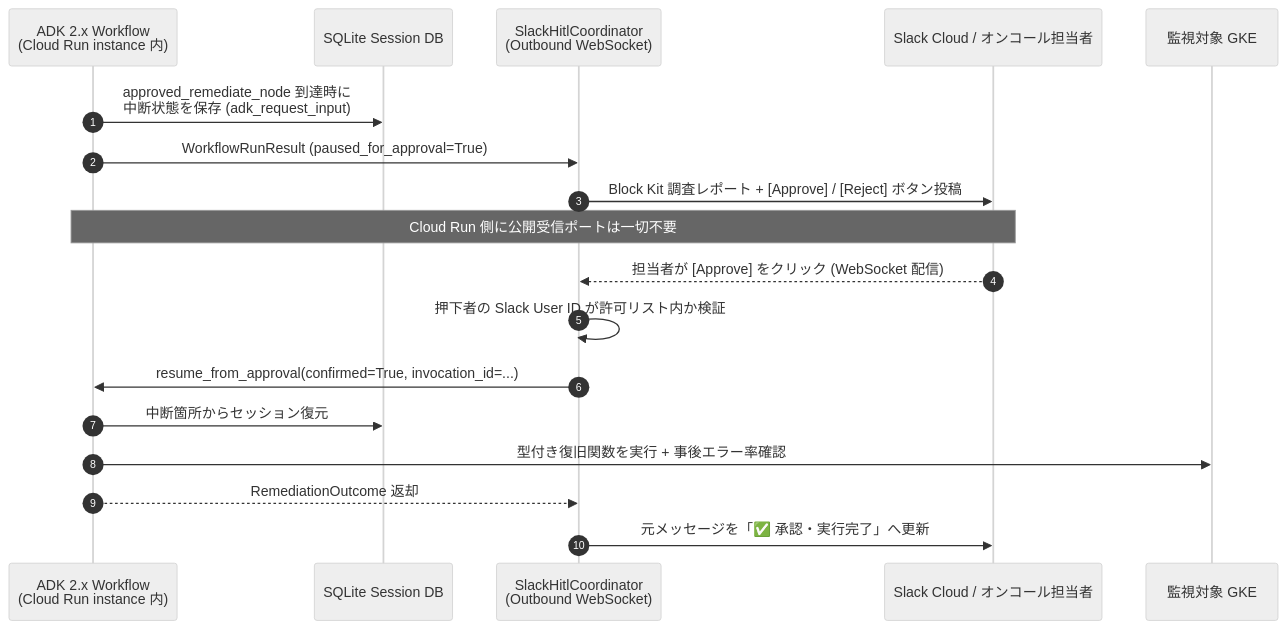
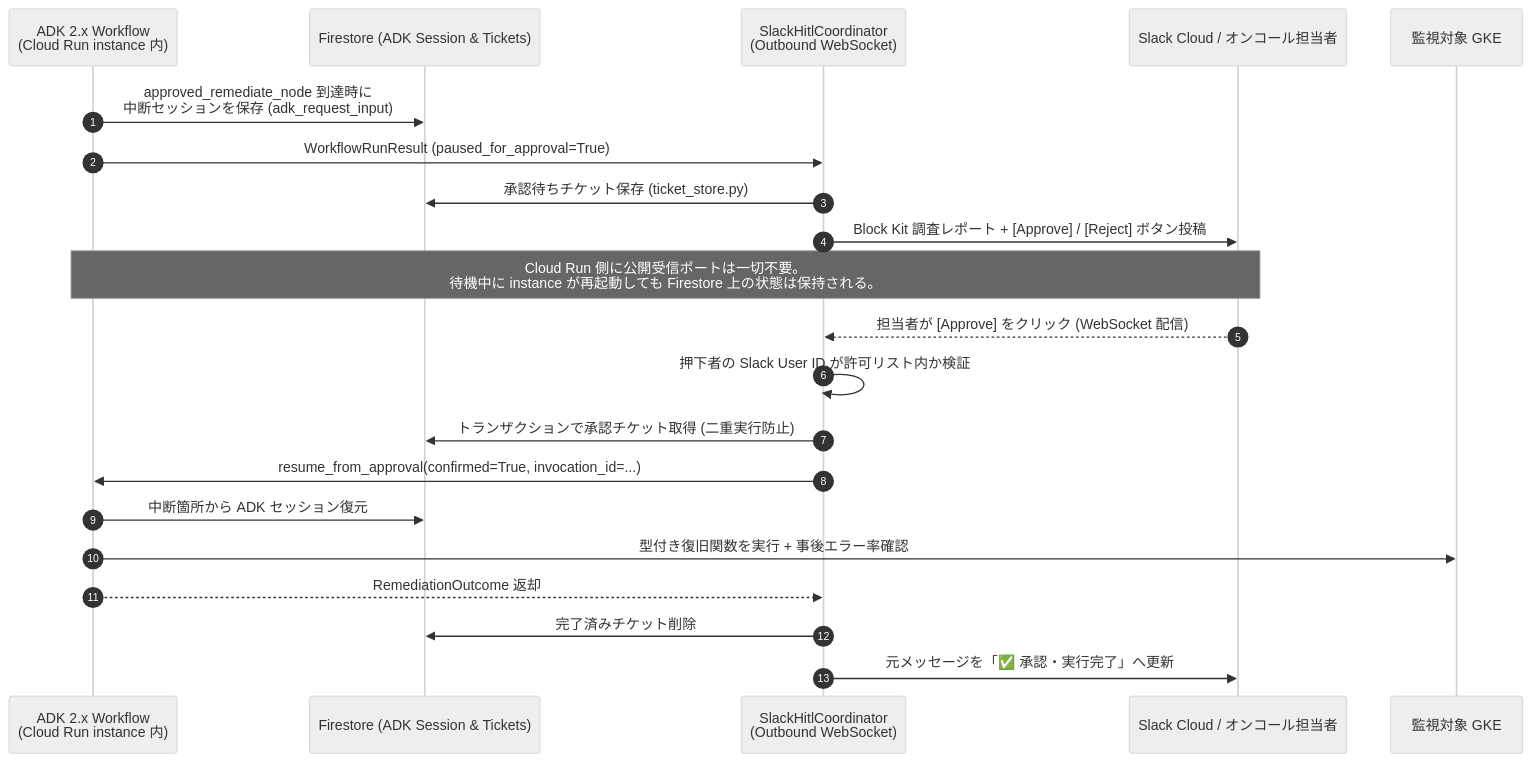
Before and after one commit to tyorikan/agentic-sre-handson: the fourth of 4 diagrams in docs/04-auto-remediation-and-slack-hitl.md, drawn with Mermaid (neutral theme). The commit also changed other lines of this file and 15 other files, not shown here.

Commit message:
feat: persist ADK sessions and Slack HITL tickets in Cloud Firestore

````diff
--- a/docs/04-auto-remediation-and-slack-hitl.md
+++ b/docs/04-auto-remediation-and-slack-hitl.md
@@ -115,22 +119,25 @@
 ```mermaid
 sequenceDiagram
     autonumber
     participant WF as ADK 2.x Workflow<br/>(Cloud Run instance 内)
-    participant DB as SQLite Session DB
+    participant DB as Firestore (ADK Session & Tickets)
     participant Bolt as SlackHitlCoordinator<br/>(Outbound WebSocket)
     participant Slack as Slack Cloud / オンコール担当者
     participant GKE as 監視対象 GKE
 
-    WF->>DB: approved_remediate_node 到達時に<br/>中断状態を保存 (adk_request_input)
+    WF->>DB: approved_remediate_node 到達時に<br/>中断セッションを保存 (adk_request_input)
     WF->>Bolt: WorkflowRunResult (paused_for_approval=True)
+    Bolt->>DB: 承認待ちチケット保存 (ticket_store.py)
     Bolt->>Slack: Block Kit 調査レポート + [Approve] / [Reject] ボタン投稿
-    Note over WF,Slack: Cloud Run 側に公開受信ポートは一切不要
+    Note over WF,Slack: Cloud Run 側に公開受信ポートは一切不要。<br/>待機中に instance が再起動しても Firestore 上の状態は保持される。
 
     Slack-->>Bolt: 担当者が [Approve] をクリック (WebSocket 配信)
     Bolt->>Bolt: 押下者の Slack User ID が許可リスト内か検証
+    Bolt->>DB: トランザクションで承認チケット取得 (二重実行防止)
     Bolt->>WF: resume_from_approval(confirmed=True, invocation_id=...)
-    WF->>DB: 中断箇所からセッション復元
+    WF->>DB: 中断箇所から ADK セッション復元
     WF->>GKE: 型付き復旧関数を実行 + 事後エラー率確認
     WF-->>Bolt: RemediationOutcome 返却
+    Bolt->>DB: 完了済みチケット削除
     Bolt->>Slack: 元メッセージを「✅ 承認・実行完了」へ更新
 ```
````
